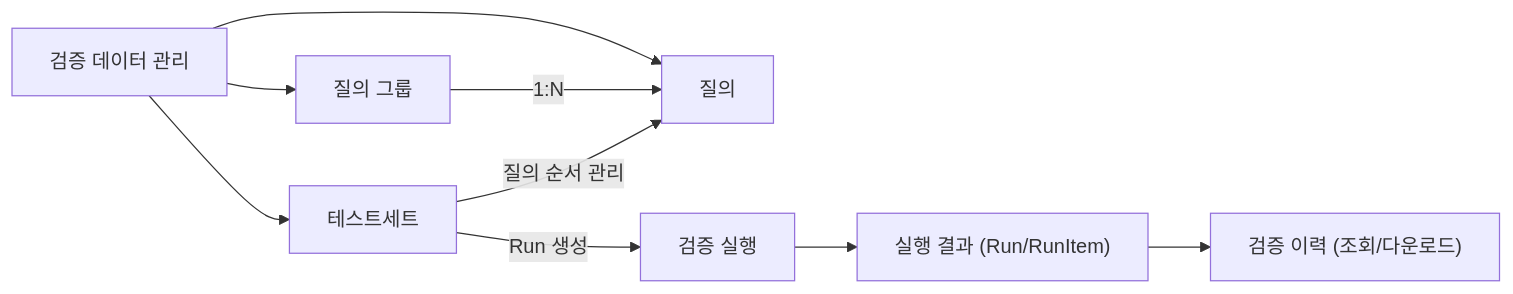
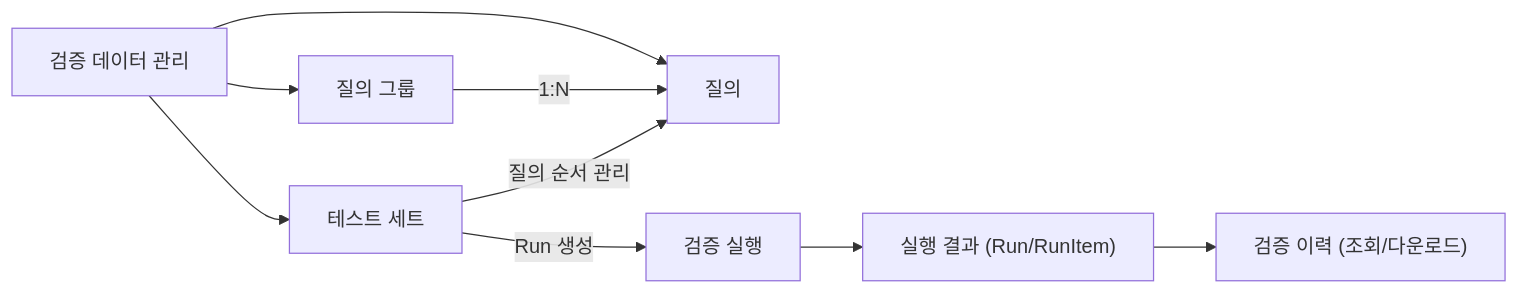
One commit to ago0528/ats changed the second of 3 diagrams in agent_qa_dev/docs/architecture/backoffice-frontend-information-architecture.md. Above: the diagram before and after it, drawn with Mermaid. The commit also changed other lines of this file and 16 other files, not shown here.

````diff
--- a/agent_qa_dev/docs/architecture/backoffice-frontend-information-architecture.md
+++ b/agent_qa_dev/docs/architecture/backoffice-frontend-information-architecture.md
@@ -136,11 +136,11 @@
 ```mermaid
 flowchart LR
   A["검증 데이터 관리"] --> B["질의 그룹"]
   A --> C["질의"]
-  A --> D["테스트세트"]
+  A --> D["테스트 세트"]
   B -->|"1:N"| C
   D -->|"질의 순서 관리"| C
   D -->|"Run 생성"| E["검증 실행"]
   E --> F["실행 결과 (Run/RunItem)"]
   F --> G["검증 이력 (조회/다운로드)"]
 ```
````
